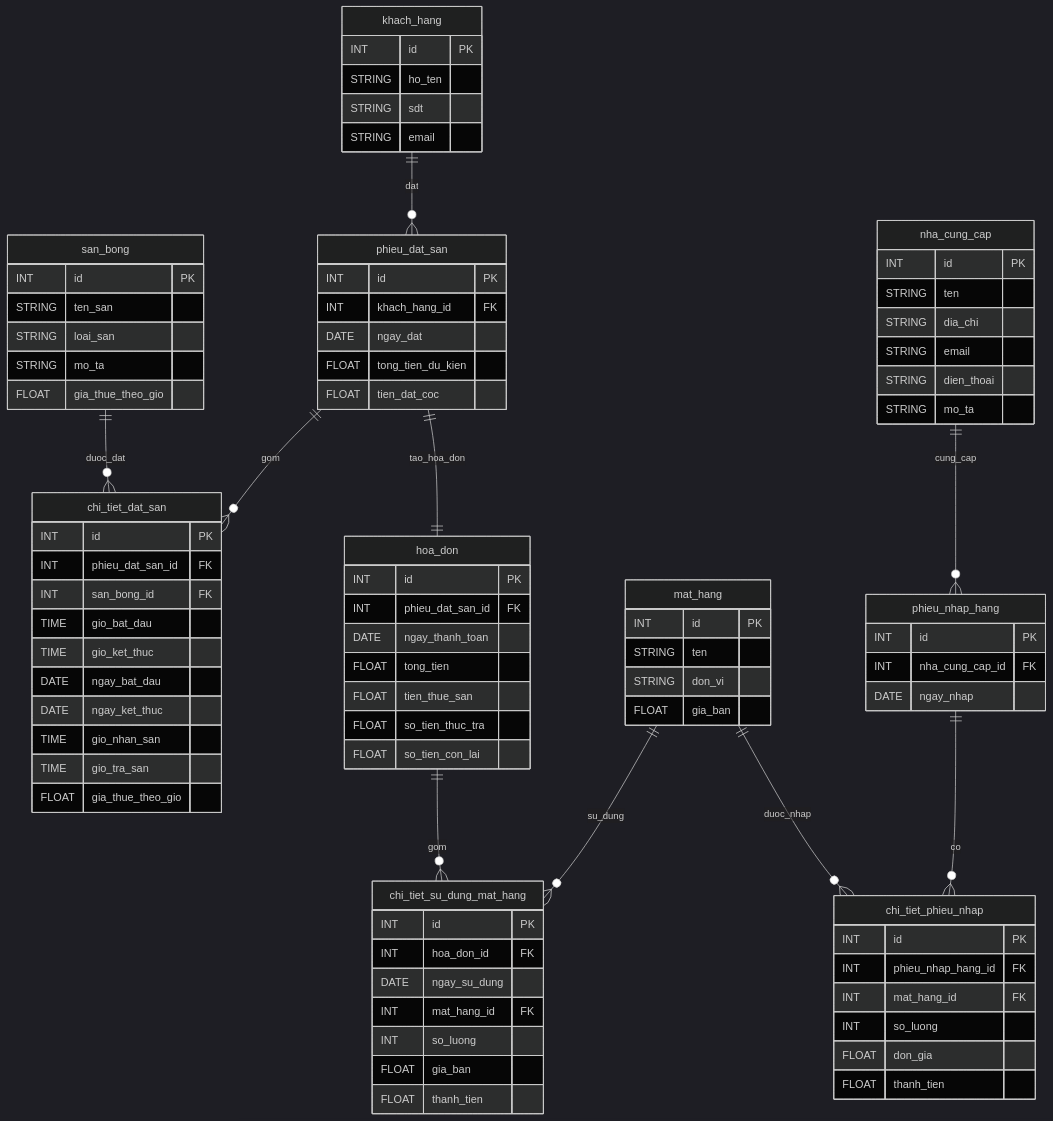
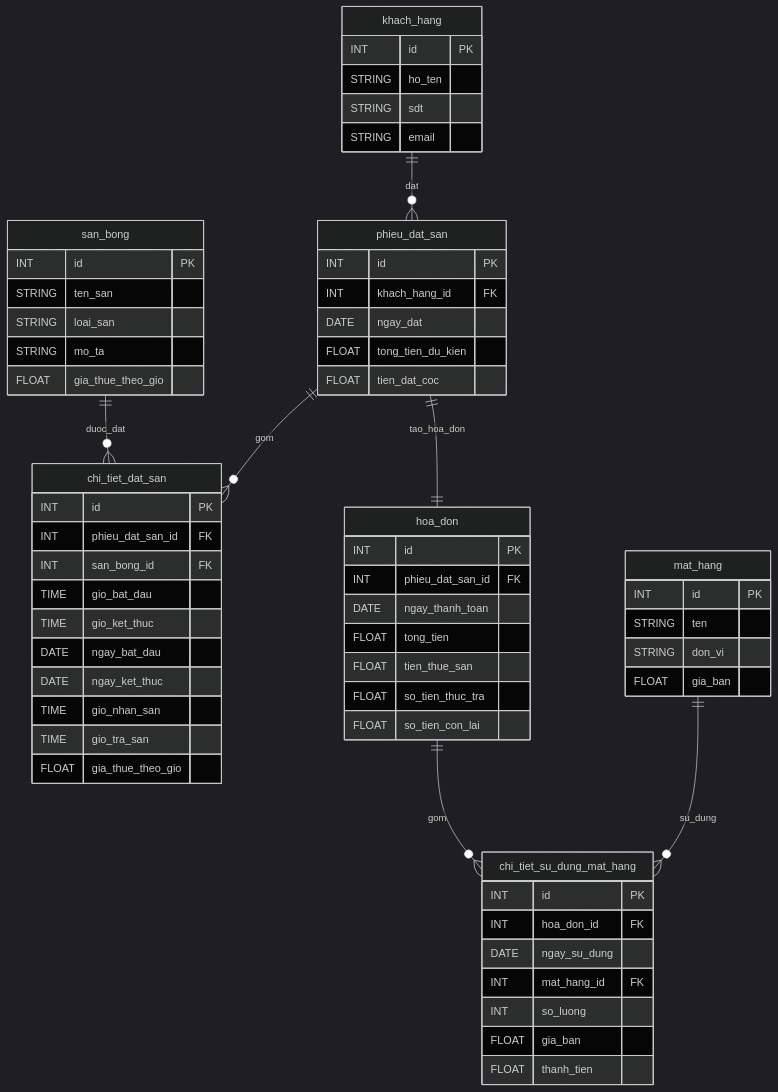
One commit to hinorashi/qlsb changed the tenth of 10 diagrams in BAOCAO.md. Above: the diagram before and after it, drawn with Mermaid (dark theme). The commit also changed other lines of this file, not shown here.

Commit message:
bỏ nhà cung cấp và phiếu nhập

````diff
--- a/BAOCAO.md
+++ b/BAOCAO.md
@@ -556,37 +514,10 @@
         FLOAT thanh_tien
     }
 
-    nha_cung_cap {
-        INT id PK
-        STRING ten
-        STRING dia_chi
-        STRING email
-        STRING dien_thoai
-        STRING mo_ta
-    }
-
-    phieu_nhap_hang {
-        INT id PK
-        INT nha_cung_cap_id FK
-        DATE ngay_nhap
-    }
-
-    chi_tiet_phieu_nhap {
-        INT id PK
-        INT phieu_nhap_hang_id FK
-        INT mat_hang_id FK
-        INT so_luong
-        FLOAT don_gia
-        FLOAT thanh_tien
-    }
-
     khach_hang ||--o{ phieu_dat_san : dat
     phieu_dat_san ||--o{ chi_tiet_dat_san : gom
     san_bong ||--o{ chi_tiet_dat_san : duoc_dat
     phieu_dat_san ||--|| hoa_don : tao_hoa_don
     hoa_don ||--o{ chi_tiet_su_dung_mat_hang : gom
     mat_hang ||--o{ chi_tiet_su_dung_mat_hang : su_dung
-    nha_cung_cap ||--o{ phieu_nhap_hang : cung_cap
-    phieu_nhap_hang ||--o{ chi_tiet_phieu_nhap : co
-    mat_hang ||--o{ chi_tiet_phieu_nhap : duoc_nhap
 ```
````
